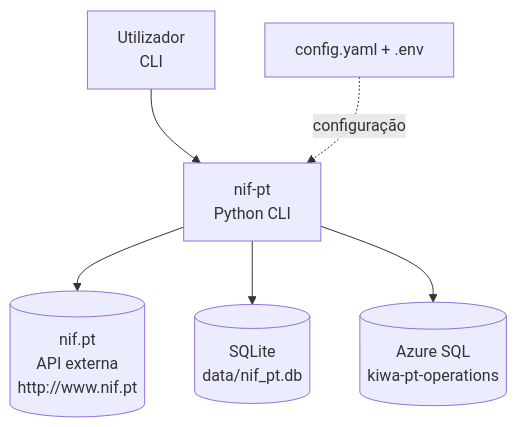
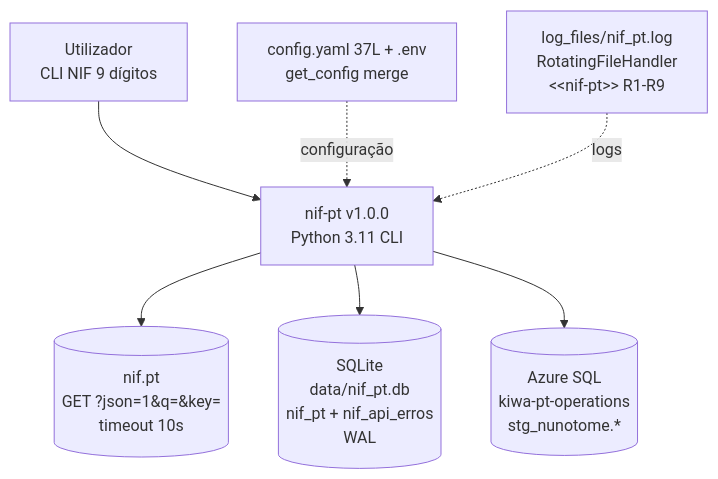
The first of 5 diagrams in docs/architecture/architecture.md (nunoetome/nif-pt), drawn with Mermaid before and after one commit. The commit also changed other lines of this file and 19 other files, not shown here.

````diff
--- a/docs/architecture/architecture.md
+++ b/docs/architecture/architecture.md
@@ -7,8 +7,9 @@
 ```mermaid
 graph TB
-    U[Utilizador<br/>CLI] --> SYS[nif-pt<br/>Python CLI]
-    SYS --> API[(nif.pt<br/>API externa<br/>http://www.nif.pt)]
-    SYS --> DB1[(SQLite<br/>data/nif_pt.db)]
-    SYS --> DB2[(Azure SQL<br/>kiwa-pt-operations)]
-    CFG[config.yaml + .env] -. configuração .-> SYS
+    U[Utilizador<br/>CLI NIF 9 dígitos] --> SYS[nif-pt v1.0.0<br/>Python 3.11 CLI]
+    SYS --> API[(nif.pt<br/>GET ?json=1&q=&key=<br/>timeout 10s)]
+    SYS --> DB1[(SQLite<br/>data/nif_pt.db<br/>nif_pt + nif_api_erros<br/>WAL)]
+    SYS --> DB2[(Azure SQL<br/>kiwa-pt-operations<br/>stg_nunotome.*)]
+    CFG[config.yaml 37L + .env<br/>get_config merge] -. configuração .-> SYS
+    LOG[log_files/nif_pt.log<br/>RotatingFileHandler<br/>&lt;&lt;nif-pt&gt;&gt; R1-R9] -. logs .-> SYS
 ```
````
